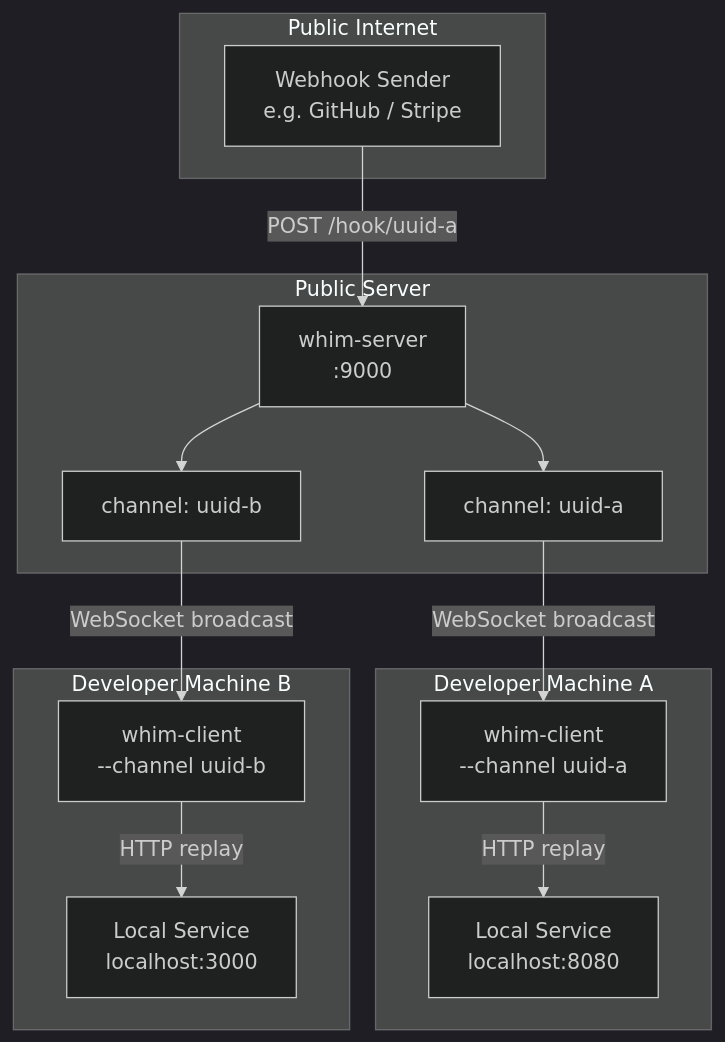
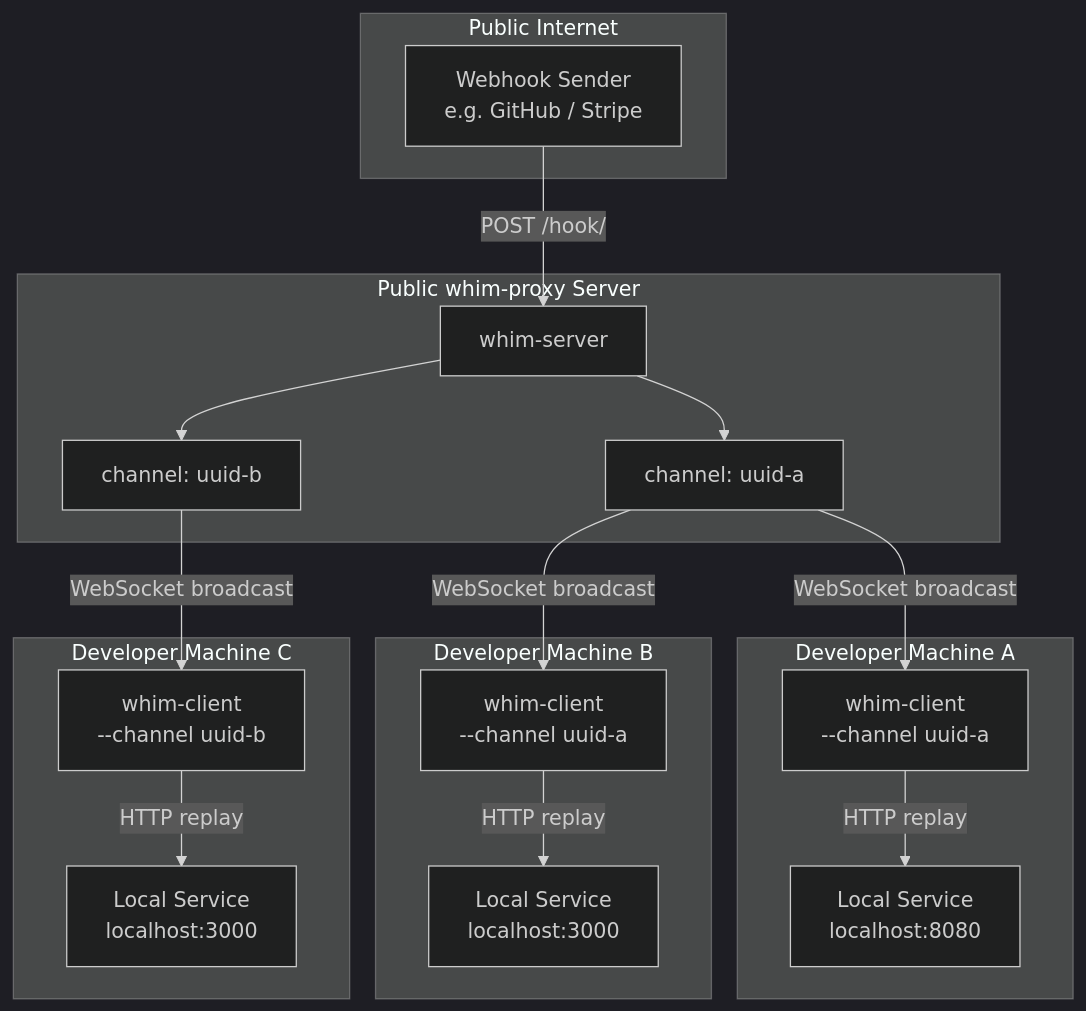
Before and after one commit to kakwa/whim-proxy: the first of 2 diagrams in README.md, drawn with Mermaid (dark theme). The commit also changed other lines of this file, not shown here.

````diff
--- a/README.md
+++ b/README.md
@@ -143,30 +143,36 @@
 ```mermaid
 graph TD
     subgraph Public Internet
         WS[Webhook Sender<br/>e.g. GitHub / Stripe]
     end
 
-    subgraph Public Server
-        SRV[whim-server<br/>:9000]
+    subgraph Public whim-proxy Server
+        SRV[whim-server]
         CH1[channel: uuid-a]
         CH2[channel: uuid-b]
         SRV --> CH1
         SRV --> CH2
     end
 
     subgraph Developer Machine A
         CLA[whim-client<br/>--channel uuid-a]
         LA[Local Service<br/>localhost:8080]
         CLA -->|HTTP replay| LA
     end
 
     subgraph Developer Machine B
-        CLB[whim-client<br/>--channel uuid-b]
+        CLB[whim-client<br/>--channel uuid-a]
         LB[Local Service<br/>localhost:3000]
         CLB -->|HTTP replay| LB
     end
+    subgraph Developer Machine C
+        CLC[whim-client<br/>--channel uuid-b]
+        LC[Local Service<br/>localhost:3000]
+        CLC -->|HTTP replay| LC
+    end
 
-    WS -->|POST /hook/uuid-a| SRV
+    WS -->|POST /hook/<UUID>| SRV
     CH1 -->|WebSocket broadcast| CLA
-    CH2 -->|WebSocket broadcast| CLB
+    CH1 -->|WebSocket broadcast| CLB
+    CH2 -->|WebSocket broadcast| CLC
 ```
````
